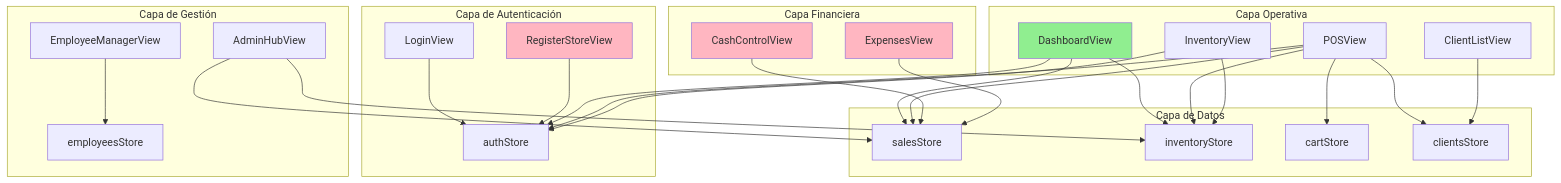
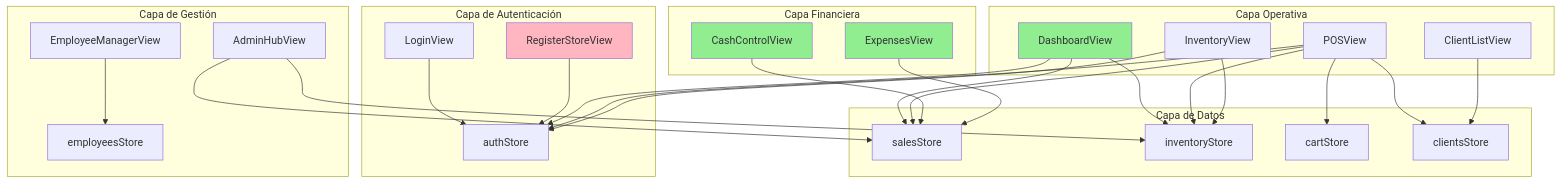
One commit to YamirJCF/tienda-barrio-pro changed the diagram in 04_DEV_ORCHESTRATION/MAPA_LOGICA_GLOBAL.md. Above: the diagram before and after it, drawn with Mermaid. The commit also changed other lines of this file and 1 other file, not shown here.

Commit message:
docs: reverse engineer expenses logic and complete financial layer sync

````diff
--- a/04_DEV_ORCHESTRATION/MAPA_LOGICA_GLOBAL.md
+++ b/04_DEV_ORCHESTRATION/MAPA_LOGICA_GLOBAL.md
@@ -79,64 +79,64 @@
 ```mermaid
 graph TD
     subgraph "Capa de Autenticación"
         AUTH[authStore]
         LOGIN[LoginView]
         REGISTER[RegisterStoreView]
     end
 
     subgraph "Capa de Gestión"
         EMP_STORE[employeesStore]
         EMP_VIEW[EmployeeManagerView]
         ADMIN[AdminHubView]
     end
 
     subgraph "Capa Operativa"
         DASH[DashboardView]
         POS[POSView]
         INV[InventoryView]
         CLIENTS[ClientListView]
     end
 
     subgraph "Capa de Datos"
         SALES[salesStore]
         INV_STORE[inventoryStore]
         CART[cartStore]
         CLI_STORE[clientsStore]
     end
 
     subgraph "Capa Financiera"
         CASH[CashControlView]
         EXPENSES[ExpensesView]
     end
 
     LOGIN --> AUTH
     REGISTER --> AUTH
     
     DASH --> AUTH
     DASH --> SALES
     DASH --> INV_STORE
     
     POS --> AUTH
     POS --> CART
     POS --> INV_STORE
     POS --> SALES
     POS --> CLI_STORE
     
     INV --> AUTH
     INV --> INV_STORE
     
     CLIENTS --> CLI_STORE
     
     ADMIN --> SALES
     ADMIN --> INV_STORE
     
     EMP_VIEW --> EMP_STORE
     
     CASH --> SALES
     EXPENSES --> SALES
     
     style DASH fill:#90EE90
-    style CASH fill:#FFB6C1
-    style EXPENSES fill:#FFB6C1
+    style CASH fill:#90EE90
+    style EXPENSES fill:#90EE90
     style REGISTER fill:#FFB6C1
 ```
````
